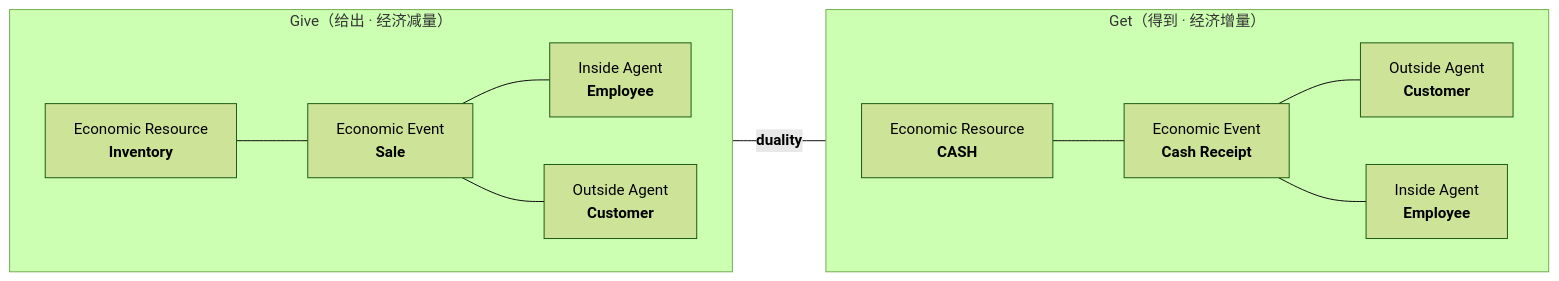
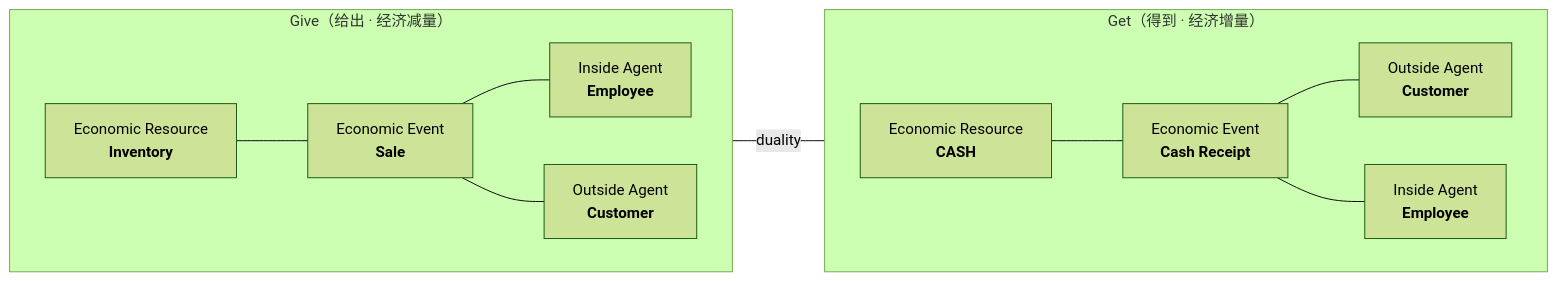
The third of 9 diagrams in AC6761_Artificial_Intelligence_Accounting/notes/M04-REA会计模型.md (CercaTrovato/cityu-ai-course-notes), drawn with Mermaid (forest theme) before and after one commit. The commit also changed other lines of this file and 224 other files, not shown here.

First line of the commit message:
完善五门课图文可读性并更新仓库首页

````diff
--- a/AC6761_Artificial_Intelligence_Accounting/notes/M04-REA会计模型.md
+++ b/AC6761_Artificial_Intelligence_Accounting/notes/M04-REA会计模型.md
@@ -1180,16 +1282,16 @@
 ```mermaid
 flowchart LR
     subgraph GIVE["Give（给出 · 经济减量）"]
         direction LR
         INV["Economic Resource<br/><b>Inventory</b>"] --- SALE["Economic Event<br/><b>Sale</b>"]
         SALE --- EMP1["Inside Agent<br/><b>Employee</b>"]
         SALE --- CUS1["Outside Agent<br/><b>Customer</b>"]
     end
     subgraph GET["Get（得到 · 经济增量）"]
         direction LR
         CASH["Economic Resource<br/><b>CASH</b>"] --- CR["Economic Event<br/><b>Cash Receipt</b>"]
         CR --- CUS2["Outside Agent<br/><b>Customer</b>"]
         CR --- EMP2["Inside Agent<br/><b>Employee</b>"]
     end
-    SALE ---|"<b>duality</b>"| CR
+    SALE ---|"duality"| CR
 ```
````
